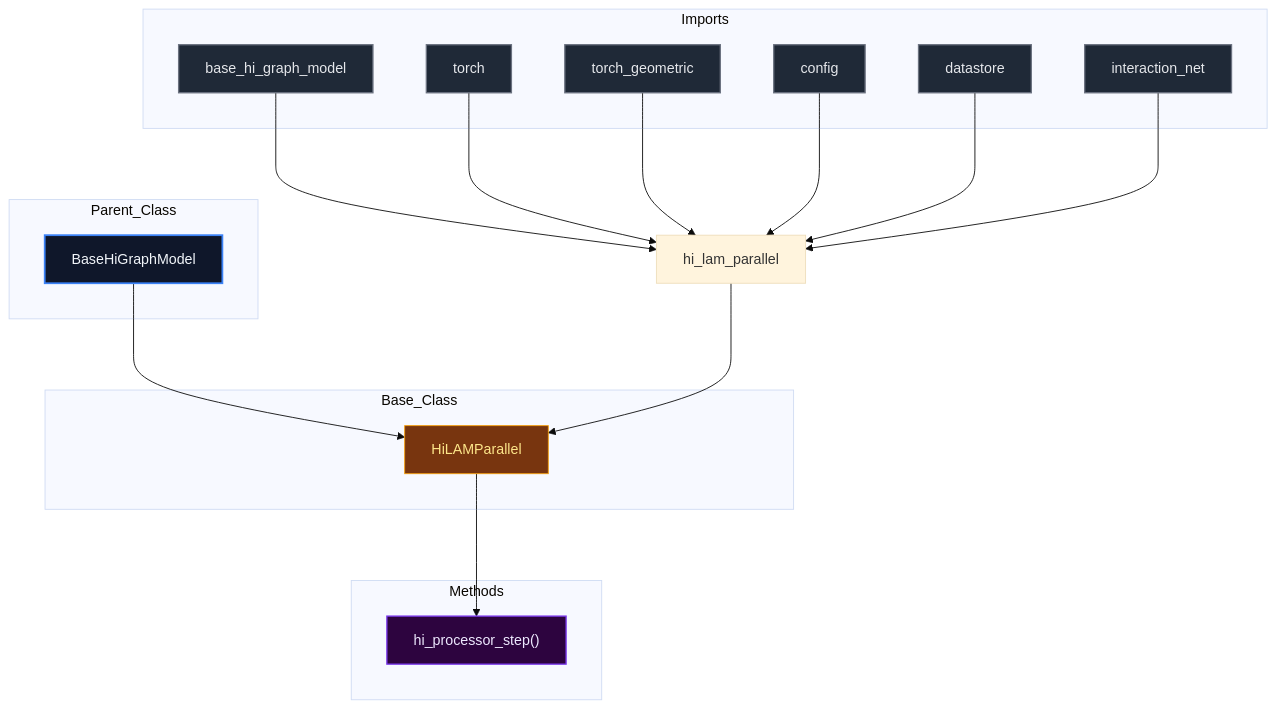
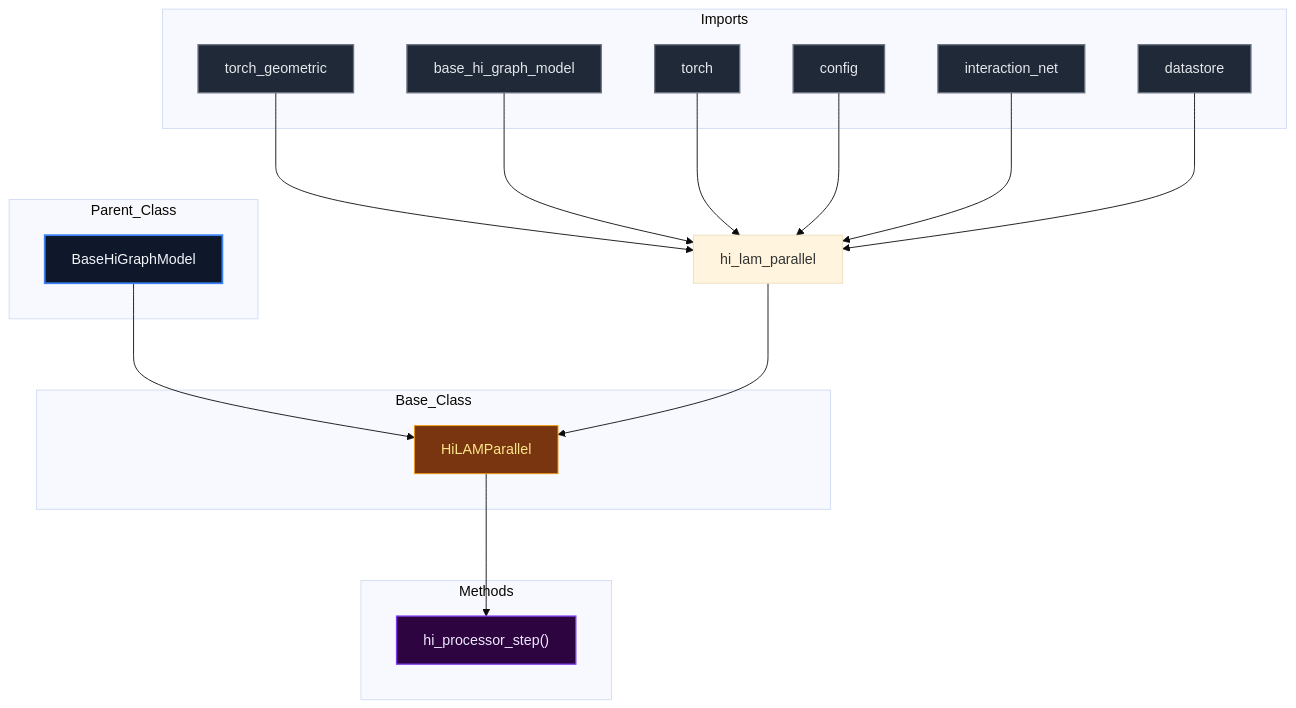
Before and after one commit to mllam/neural-lam: the diagram in docs/diagrams/hi_lam_parallel_diagram.md, drawn with Mermaid (base theme). The commit also changed 19 other files, not shown here.

Commit message:
Auto-update Mermaid diagrams

````diff
--- a/docs/diagrams/hi_lam_parallel_diagram.md
+++ b/docs/diagrams/hi_lam_parallel_diagram.md
@@ -1,50 +1,50 @@
 ```mermaid
 %%{init: {'flowchart': {'nodeSpacing': 60, 'rankSpacing': 80}}}%%
 flowchart TD
 
 module["hi_lam_parallel"]
 
 subgraph Parent_Class
     BaseHiGraphModel["BaseHiGraphModel"]
 end
 
 subgraph Base_Class
     HiLAMParallel["HiLAMParallel"]
 end
 
     BaseHiGraphModel --> HiLAMParallel
 
 subgraph Imports
+    torch_geometric["torch_geometric"]
     base_hi_graph_model["base_hi_graph_model"]
     torch["torch"]
-    torch_geometric["torch_geometric"]
     config["config"]
+    interaction_net["interaction_net"]
     datastore["datastore"]
-    interaction_net["interaction_net"]
 end
 
+    torch_geometric --> module
     base_hi_graph_model --> module
     torch --> module
-    torch_geometric --> module
     config --> module
+    interaction_net --> module
     datastore --> module
-    interaction_net --> module
     module --> HiLAMParallel
 
 subgraph Methods
     HiLAMParallel_hi_processor_step["hi_processor_step()"]
 end
 
     HiLAMParallel --> HiLAMParallel_hi_processor_step
 
 classDef parent fill:#0f172a,stroke:#3b82f6,stroke-width:2px,color:#f1f5f9,font-size:16px
 classDef base fill:#78350f,stroke:#f59e0b,stroke-width:1px,color:#fde68a,font-size:16px
 classDef import fill:#1f2937,stroke:#6b7280,stroke-width:1.5px,color:#e5e7eb,font-size:16px
 classDef method fill:#2d043f,stroke:#7c3aed,stroke-width:1.5px,color:#ede9fe,font-size:16px
 classDef callNode fill:#064e3b,stroke:#10b981,stroke-width:1.5px,color:#d1fae5,font-size:16px
 class BaseHiGraphModel parent
 class HiLAMParallel base
-class base_hi_graph_model,torch,torch_geometric,config,datastore,interaction_net import
+class torch_geometric,base_hi_graph_model,torch,config,interaction_net,datastore import
 class HiLAMParallel_hi_processor_step method
 
 ```
````
